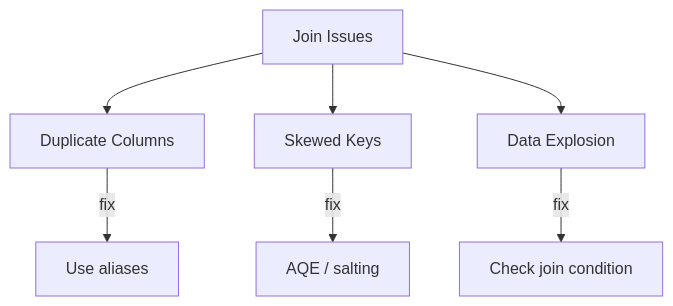
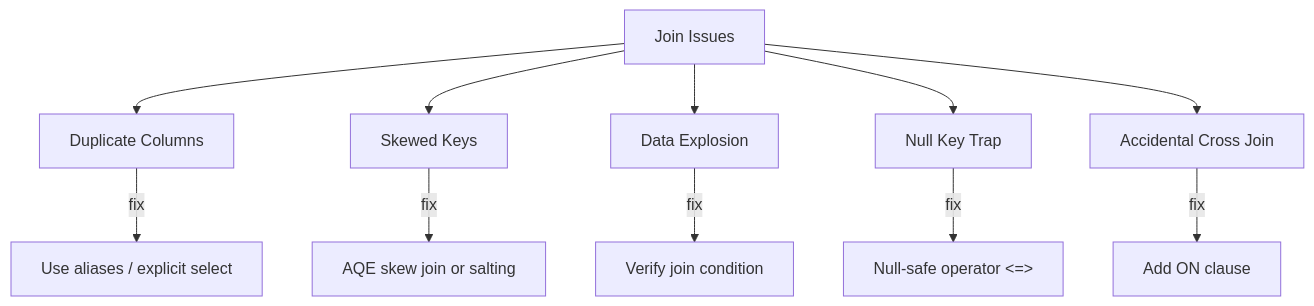
The diagram in spark-sql/docs/join/issues/index.md (mahfooziiitian/spark-batch), drawn with Mermaid before and after one commit. The commit also changed other lines of this file and 223 other files, not shown here.

````diff
--- a/spark-sql/docs/join/issues/index.md
+++ b/spark-sql/docs/join/issues/index.md
@@ -9,9 +9,13 @@
 ```mermaid
 graph TD
     I[Join Issues] --> DC[Duplicate Columns]
     I --> SK[Skewed Keys]
     I --> EX[Data Explosion]
-    DC -->|fix| AL[Use aliases]
-    SK -->|fix| AQE[AQE / salting]
-    EX -->|fix| CC[Check join condition]
+    I --> NL[Null Key Trap]
+    I --> XJ[Accidental Cross Join]
+    DC -->|fix| AL[Use aliases / explicit select]
+    SK -->|fix| AQE[AQE skew join or salting]
+    EX -->|fix| CC[Verify join condition]
+    NL -->|fix| NS[Null-safe operator <=>]
+    XJ -->|fix| ON[Add ON clause]
 ```
````
